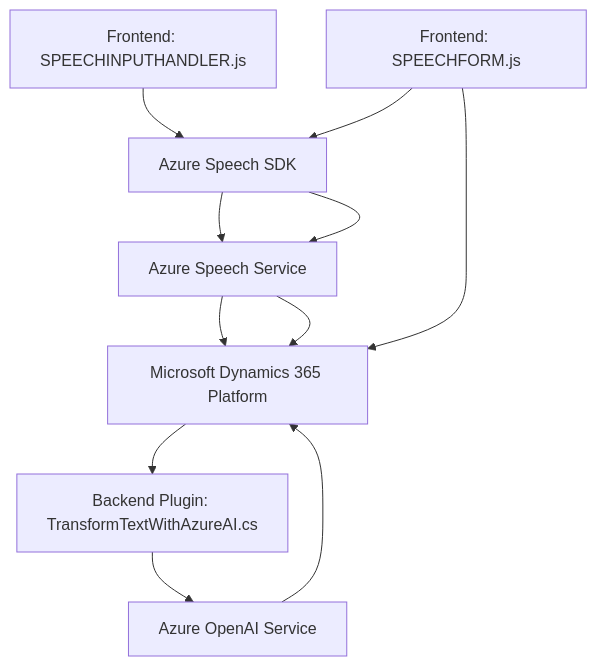
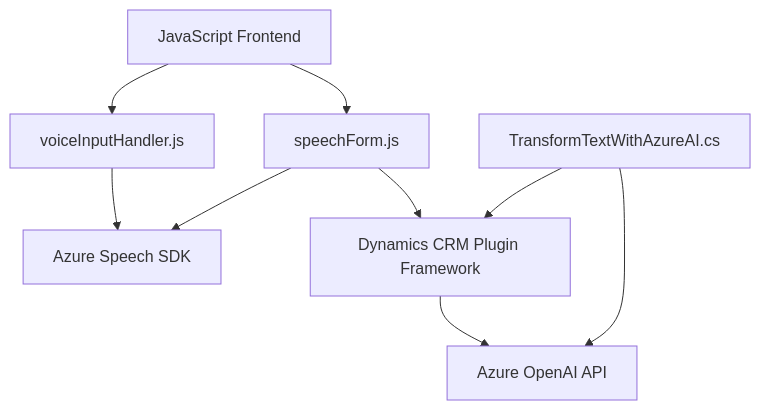
Before and after one commit to blopezdm/NETCORE_BILBAO2025: the diagram in README.md, drawn with Mermaid. The commit also changed other lines of this file, not shown here.

````diff
--- a/README.md
+++ b/README.md
@@ -30,21 +51,19 @@
 ```mermaid
 graph TD
-    A["Frontend: SPEECHINPUTHANDLER.js"]
-    B["Frontend: SPEECHFORM.js"]
-    C["Azure Speech SDK"]
-    D["Azure Speech Service"]
-    E["Backend Plugin: TransformTextWithAzureAI.cs"]
-    F["Azure OpenAI Service"]
-    G["Microsoft Dynamics 365 Platform"]
-    
+    A["JavaScript Frontend"]
+    B["voiceInputHandler.js"]
+    C["speechForm.js"]
+    D["TransformTextWithAzureAI.cs"]
+    E["Azure Speech SDK"]
+    F["Azure OpenAI API"]
+    G["Dynamics CRM Plugin Framework"]
+
+    A --> B
     A --> C
-    C --> D
+    C --> E
+    B --> E
+    D --> F
     D --> G
-    B --> C
-    C --> D
-    D --> G
-    E --> F
-    F --> G
-    G --> E
-    B --> G
+    C --> G
+    G --> F
 ```
````
